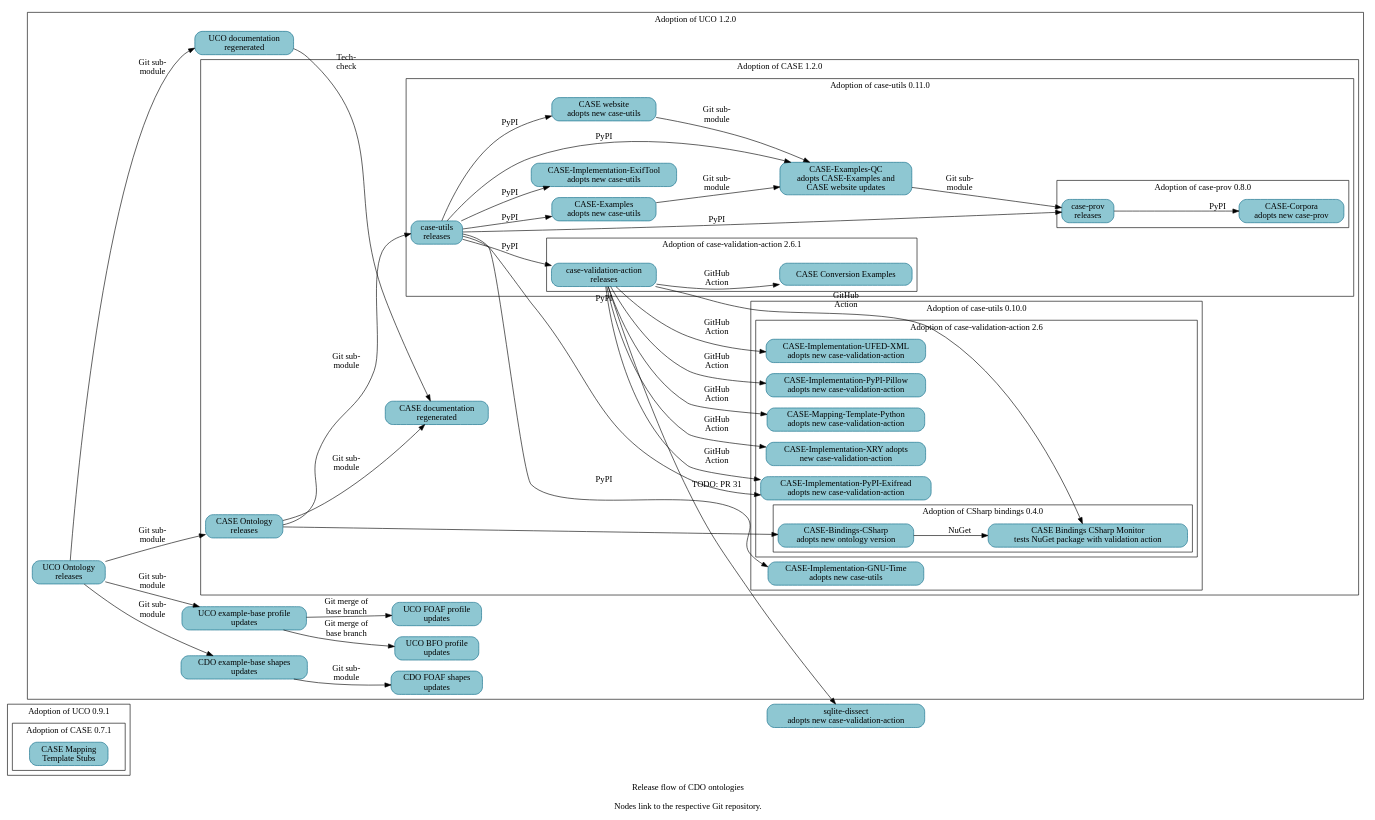
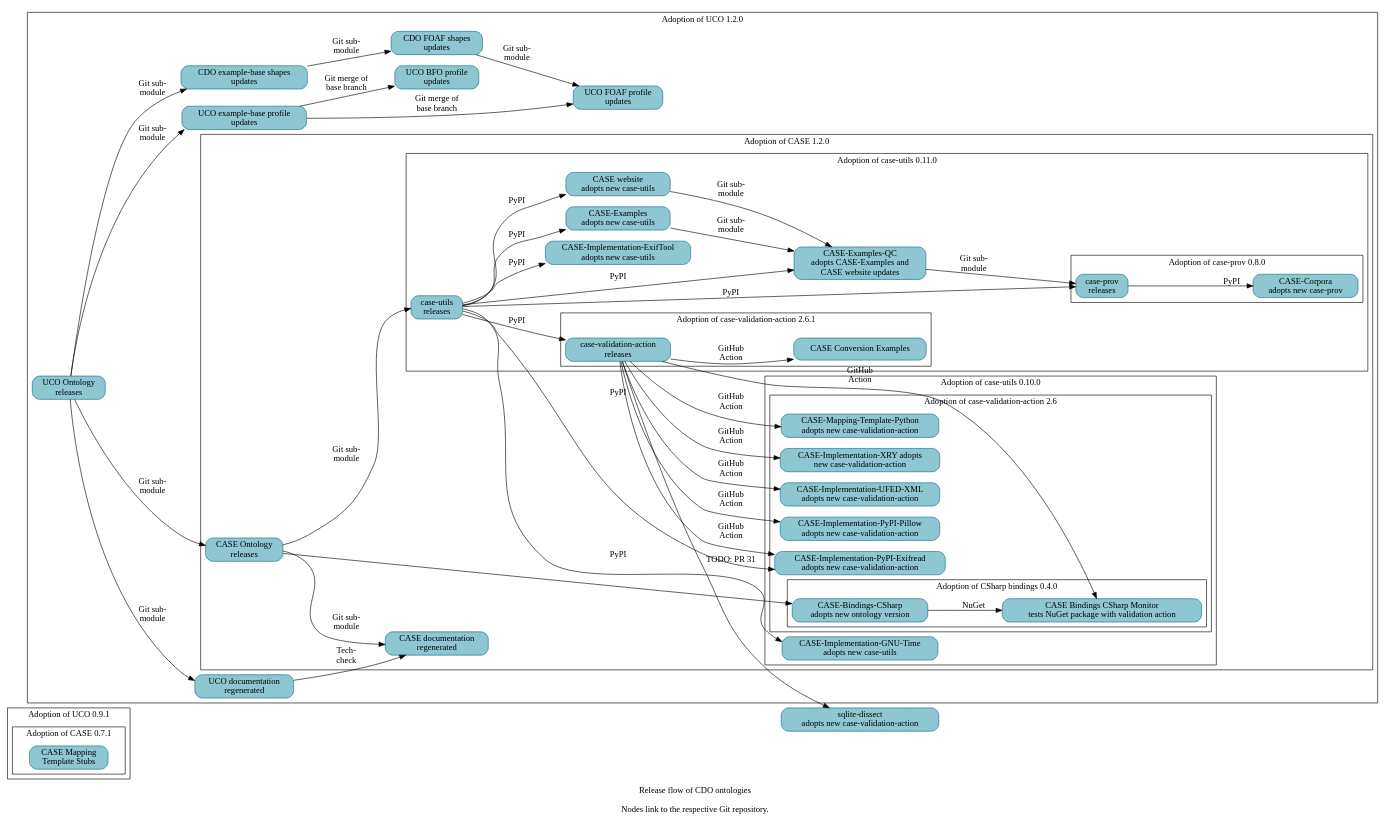
The diagram in resources/project_release_flow.dot (Cyber-Domain-Ontology/cdo.github.io), drawn with Graphviz before and after one commit.

Commit message:
Note UCO FOAF Profile now uses CDO FOAF shapes
A follow-on patch will regenerate Make-managed files.

```diff
--- a/resources/project_release_flow.dot
+++ b/resources/project_release_flow.dot
@@ -1,119 +1,120 @@
 digraph "cdo_release_flow" {
   label = "Release flow of CDO ontologies\n\nNodes link to the respective Git repository." ;
   rankdir = "LR" ;
   node [shape="rectangle" style="filled,rounded" fillcolor="#8EC7D2" color="#0D6986"] ;
 
 
   // Define nodes in their corresponding progress subgraph.
 
   subgraph cluster_uco_0_9_1 {
     label = "Adoption of UCO 0.9.1" ;
 
     subgraph cluster_case_0_7_1 {
       label = "Adoption of CASE 0.7.1" ;
       _GH__CASEWORK__CASE_MAPPING_TEMPLATE_STUBS [URL="https://github.com/casework/CASE-Mapping-Template-Stubs" label="CASE Mapping\nTemplate Stubs"] ;
     }
   }
 
   subgraph cluster_uco_1_2_0 {
     label = "Adoption of UCO 1.2.0" ;
 
     _GH__CYBER_DOMAIN_ONTOLOGY__CDO_SHAPES_EXAMPLE [URL="https://github.com/Cyber-Domain-Ontology/CDO-Shapes-Example" label="CDO example-base shapes\nupdates"]
     _GH__CYBER_DOMAIN_ONTOLOGY__CDO_SHAPES_FOAF [URL="https://github.com/Cyber-Domain-Ontology/CDO-Shapes-FOAF" label="CDO FOAF shapes\nupdates"]
     _GH__UCOPROJECT__ONTOLOGY_UNIFIEDCYBERONTOLOGY_ORG [URL="https://github.com/ucoProject/ontology.unifiedcyberontology.org" label="UCO documentation\nregenerated"] ;
     _GH__UCOPROJECT__UCO [URL="https://github.com/ucoProject/UCO" label="UCO Ontology\nreleases"] ;
     _GH__UCOPROJECT__UCO_PROFILE_BFO [URL="https://github.com/ucoProject/UCO-Profile-BFO" label="UCO BFO profile\nupdates"] ;
     _GH__UCOPROJECT__UCO_PROFILE_EXAMPLE [URL="https://github.com/ucoProject/UCO-Profile-Example" label="UCO example-base profile\nupdates"] ;
     _GH__UCOPROJECT__UCO_PROFILE_FOAF [URL="https://github.com/ucoProject/UCO-Profile-FOAF" label="UCO FOAF profile\nupdates"] ;
 
     subgraph cluster_case_1_2_0 {
       label = "Adoption of CASE 1.2.0" ;
 
       _GH__CASEWORK__CASE [URL="https://github.com/casework/CASE" label="CASE Ontology\nreleases"] ;
       _GH__CASEWORK__ONTOLOGY_CASEONTOLOGY_ORG [URL="https://github.com/casework/ontology.caseontology.org" label="CASE documentation\nregenerated"] ;
 
       subgraph cluster_case_utils_0_10_0 {
         label = "Adoption of case-utils 0.10.0" ;
 
         _GH__CASEWORK__CASE_IMPLEMENTATON_GNU_TIME [URL="https://github.com/casework/CASE-Implementation-GNU-Time" label="CASE-Implementation-GNU-Time\nadopts new case-utils"] ;
 
         subgraph cluster_case_validation_action_2_6 {
           label = "Adoption of case-validation-action 2.6" ;
 
           _GH__CASEWORK__CASE_IMPLEMENTATON_PYPI_EXIFREAD [URL="https://github.com/casework/CASE-Implementation-PyPI-Exifread" label="CASE-Implementation-PyPI-Exifread\nadopts new case-validation-action"] ;
           _GH__CASEWORK__CASE_IMPLEMENTATON_PYPI_PILLOW [URL="https://github.com/casework/CASE-Implementation-PyPI-Pillow" label="CASE-Implementation-PyPI-Pillow\nadopts new case-validation-action"] ;
           _GH__CASEWORK__CASE_IMPLEMENTATON_UFED_XML [URL="https://github.com/casework/CASE-Implementation-UFED-XML" label="CASE-Implementation-UFED-XML\nadopts new case-validation-action"] ;
           _GH__CASEWORK__CASE_IMPLEMENTATON_XRY [URL="https://github.com/casework/CASE-Implementation-XRY" label="CASE-Implementation-XRY adopts\nnew case-validation-action"] ;
           _GH__CASEWORK__CASE_MAPPING_TEMPLATE_PYTHON [URL="https://github.com/casework/CASE-Mapping-Template-Python" label="CASE-Mapping-Template-Python\nadopts new case-validation-action"] ;
 
           subgraph cluster_case_bindings_csharp_0_4_0 {
             label = "Adoption of CSharp bindings 0.4.0" ;
 
             _GH__CASEWORK__CASE_BINDINGS_CSHARP_MONITOR [URL="https://github.com/casework/CASE-Bindings-CSharp-Monitor" label="CASE Bindings CSharp Monitor\ntests NuGet package with validation action"] ;
             _GH__CIPHERTECHSOLUTIONS__CASE_BINDINGS_CSHARP [URL="https://github.com/ciphertechsolutions/CASE-Bindings-CSharp" label="CASE-Bindings-CSharp\nadopts new ontology version"]
           }
         }
       }
 
       subgraph cluster_case_utils_0_11_0 {
         label = "Adoption of case-utils 0.11.0" ;
 
         _GH__AJNELSON_NIST__CASE_EXAMPLES_QC [URL="https://github.com/ajnelson-nist/CASE-Examples-QC" label="CASE-Examples-QC\nadopts CASE-Examples and\nCASE website updates"] ;
         _GH__CASEWORK__CASE_EXAMPLES [URL="https://github.com/casework/CASE-Examples" label="CASE-Examples\nadopts new case-utils"] ;
         _GH__CASEWORK__CASE_IMPLEMENTATON_EXIFTOOL [URL="https://github.com/casework/CASE-Implementation-ExifTool" label="CASE-Implementation-ExifTool\nadopts new case-utils"] ;
         _GH__CASEWORK__CASE_UTILITIES_PYTHON [URL="https://github.com/casework/CASE-Utilities-Python" label="case-utils\nreleases"] ;
         _GH__CASEWORK__CASEWORK_GITHUB_IO [URL="https://github.com/casework/casework.github.io" label="CASE website\nadopts new case-utils"] ;
 
         subgraph cluster_case_prov_0_8_0 {
           label = "Adoption of case-prov 0.8.0" ;
 
           _GH__CASEWORK__CASE_CORPORA [URL="https://github.com/casework/CASE-Corpora" label="CASE-Corpora\nadopts new case-prov"] ;
           _GH__CASEWORK__CASE_IMPLEMENTATON_PROV_O [URL="https://github.com/casework/CASE-Implementation-PROV-O" label="case-prov\nreleases"] ;
         }
         subgraph cluster_case_validation_action_2_6_1 {
           label = "Adoption of case-validation-action 2.6.1" ;
 
           _GH__CASEWORK__CASE_EXAMPLES_CONVERSION [URL="https://github.com/casework/CASE-Examples-Conversion" label="CASE Conversion Examples"]
           _GH__KCHASON__CASE_VALIDATION_ACTION [URL="https://github.com/kchason/case-validation-action" label="case-validation-action\nreleases"] ;
         }
       }
     }
   }
 
   _GH__DOD_CYBER_CRIME_CENTER__SQLITE_DISSECT [URL="https://github.com/dod-cyber-crime-center/sqlite-dissect" label="sqlite-dissect\nadopts new case-validation-action"] ;
 
   // Begin edges
 
   _GH__AJNELSON_NIST__CASE_EXAMPLES_QC -> _GH__CASEWORK__CASE_IMPLEMENTATON_PROV_O [label="Git sub-\nmodule"] ;
   _GH__CASEWORK__CASE -> _GH__CASEWORK__CASE_UTILITIES_PYTHON [label="Git sub-\nmodule"] ;
   _GH__CASEWORK__CASE -> _GH__CIPHERTECHSOLUTIONS__CASE_BINDINGS_CSHARP ;
   _GH__CASEWORK__CASE -> _GH__CASEWORK__ONTOLOGY_CASEONTOLOGY_ORG [label="Git sub-\nmodule"] ; 
   _GH__CASEWORK__CASE_EXAMPLES -> _GH__AJNELSON_NIST__CASE_EXAMPLES_QC [label="Git sub-\nmodule"] ;
   _GH__CASEWORK__CASE_IMPLEMENTATON_PROV_O -> _GH__CASEWORK__CASE_CORPORA [label="PyPI"] ;
   _GH__CASEWORK__CASE_UTILITIES_PYTHON -> _GH__AJNELSON_NIST__CASE_EXAMPLES_QC [label="PyPI"] ;
   _GH__CASEWORK__CASE_UTILITIES_PYTHON -> _GH__CASEWORK__CASE_EXAMPLES [label="PyPI"] ;
   _GH__CASEWORK__CASE_UTILITIES_PYTHON -> _GH__CASEWORK__CASE_IMPLEMENTATON_EXIFTOOL [label="PyPI"] ;
   _GH__CASEWORK__CASE_UTILITIES_PYTHON -> _GH__CASEWORK__CASE_IMPLEMENTATON_GNU_TIME [label="PyPI"] ;
   _GH__CASEWORK__CASE_UTILITIES_PYTHON -> _GH__CASEWORK__CASE_IMPLEMENTATON_PROV_O [label="PyPI"] ;
   _GH__CASEWORK__CASE_UTILITIES_PYTHON -> _GH__CASEWORK__CASE_IMPLEMENTATON_PYPI_EXIFREAD [label="PyPI"] ;
   _GH__CASEWORK__CASE_UTILITIES_PYTHON -> _GH__KCHASON__CASE_VALIDATION_ACTION [label="PyPI"] ;
   _GH__CASEWORK__CASE_UTILITIES_PYTHON -> _GH__CASEWORK__CASEWORK_GITHUB_IO [label="PyPI"] ;
   _GH__CASEWORK__CASEWORK_GITHUB_IO -> _GH__AJNELSON_NIST__CASE_EXAMPLES_QC [label="Git sub-\nmodule"] ;
   _GH__CIPHERTECHSOLUTIONS__CASE_BINDINGS_CSHARP -> _GH__CASEWORK__CASE_BINDINGS_CSHARP_MONITOR [label="NuGet"] ;
   _GH__CYBER_DOMAIN_ONTOLOGY__CDO_SHAPES_EXAMPLE -> _GH__CYBER_DOMAIN_ONTOLOGY__CDO_SHAPES_FOAF [label="Git sub-\nmodule"] ;
+  _GH__CYBER_DOMAIN_ONTOLOGY__CDO_SHAPES_FOAF -> _GH__UCOPROJECT__UCO_PROFILE_FOAF [label="Git sub-\nmodule"] ;
   _GH__KCHASON__CASE_VALIDATION_ACTION -> _GH__CASEWORK__CASE_BINDINGS_CSHARP_MONITOR [label="GitHub\nAction"] ;
   _GH__KCHASON__CASE_VALIDATION_ACTION -> _GH__CASEWORK__CASE_EXAMPLES_CONVERSION [label="GitHub\nAction"];
   _GH__KCHASON__CASE_VALIDATION_ACTION -> _GH__CASEWORK__CASE_IMPLEMENTATON_PYPI_EXIFREAD [label="GitHub\nAction"] ;
   _GH__KCHASON__CASE_VALIDATION_ACTION -> _GH__CASEWORK__CASE_IMPLEMENTATON_PYPI_PILLOW [label="GitHub\nAction"] ;
   _GH__KCHASON__CASE_VALIDATION_ACTION -> _GH__CASEWORK__CASE_IMPLEMENTATON_UFED_XML [label="GitHub\nAction"] ;
   _GH__KCHASON__CASE_VALIDATION_ACTION -> _GH__CASEWORK__CASE_IMPLEMENTATON_XRY [label="GitHub\nAction"] ;
   _GH__KCHASON__CASE_VALIDATION_ACTION -> _GH__CASEWORK__CASE_MAPPING_TEMPLATE_PYTHON [label="GitHub\nAction"] ;
   _GH__KCHASON__CASE_VALIDATION_ACTION -> _GH__DOD_CYBER_CRIME_CENTER__SQLITE_DISSECT [URL="https://github.com/dod-cyber-crime-center/sqlite-dissect/pull/31" label="TODO: PR 31"] ;
   _GH__UCOPROJECT__ONTOLOGY_UNIFIEDCYBERONTOLOGY_ORG -> _GH__CASEWORK__ONTOLOGY_CASEONTOLOGY_ORG [label="Tech-\ncheck"];
   _GH__UCOPROJECT__UCO -> _GH__CASEWORK__CASE [label="Git sub-\nmodule"] ;
   _GH__UCOPROJECT__UCO -> _GH__CYBER_DOMAIN_ONTOLOGY__CDO_SHAPES_EXAMPLE [label="Git sub-\nmodule"] ;
   _GH__UCOPROJECT__UCO -> _GH__UCOPROJECT__ONTOLOGY_UNIFIEDCYBERONTOLOGY_ORG [label="Git sub-\nmodule"] ;
   _GH__UCOPROJECT__UCO -> _GH__UCOPROJECT__UCO_PROFILE_EXAMPLE [label="Git sub-\nmodule"] ;
   _GH__UCOPROJECT__UCO_PROFILE_EXAMPLE -> _GH__UCOPROJECT__UCO_PROFILE_BFO [label="Git merge of\nbase branch"] ;
   _GH__UCOPROJECT__UCO_PROFILE_EXAMPLE -> _GH__UCOPROJECT__UCO_PROFILE_FOAF [label="Git merge of\nbase branch"] ;
 }
```
